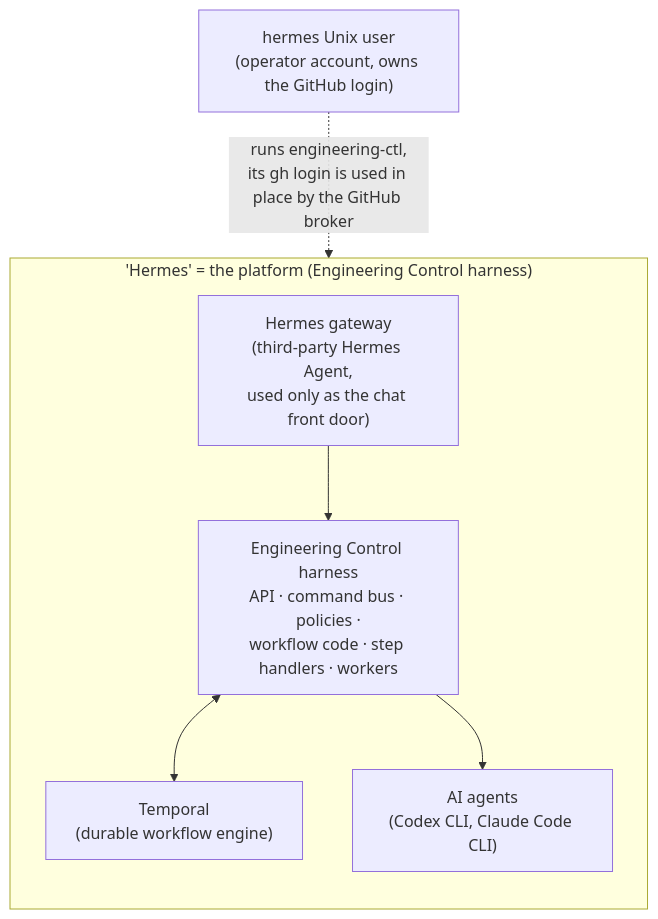
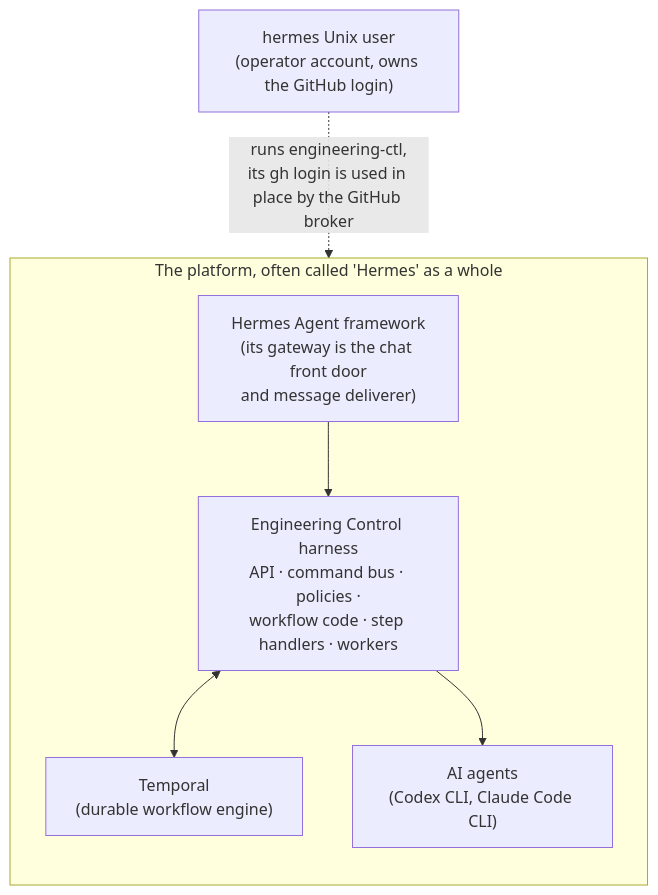
One commit to gntik-ai/Engineering-Control-Kubernetes changed the first of 3 diagrams in docs/architecture-course/functional-overview/01-the-big-picture.md. Above: the diagram before and after it, drawn with Mermaid. The commit also changed other lines of this file and 7 other files, not shown here.

First line of the commit message:
docs: centre the functional overview on the Hermes Agent framework

````diff
--- a/docs/architecture-course/functional-overview/01-the-big-picture.md
+++ b/docs/architecture-course/functional-overview/01-the-big-picture.md
@@ -19,14 +19,14 @@
 ```mermaid
 flowchart TB
-    subgraph PLATFORM["'Hermes' = the platform (Engineering Control harness)"]
+    subgraph PLATFORM["The platform, often called 'Hermes' as a whole"]
         direction TB
-        GW["Hermes gateway<br/>(third-party Hermes Agent,<br/>used only as the chat front door)"]
+        GW["Hermes Agent framework<br/>(its gateway is the chat front door<br/>and message deliverer)"]
         HARNESS["Engineering Control harness<br/>API · command bus · policies ·<br/>workflow code · step handlers · workers"]
         TEMP["Temporal<br/>(durable workflow engine)"]
         AGENTS["AI agents<br/>(Codex CLI, Claude Code CLI)"]
         GW --> HARNESS
         HARNESS <--> TEMP
         HARNESS --> AGENTS
     end
     USER["hermes Unix user<br/>(operator account, owns the GitHub login)"] -. "runs engineering-ctl,<br/>its gh login is used in place by the GitHub broker" .-> HARNESS
 ```
````
